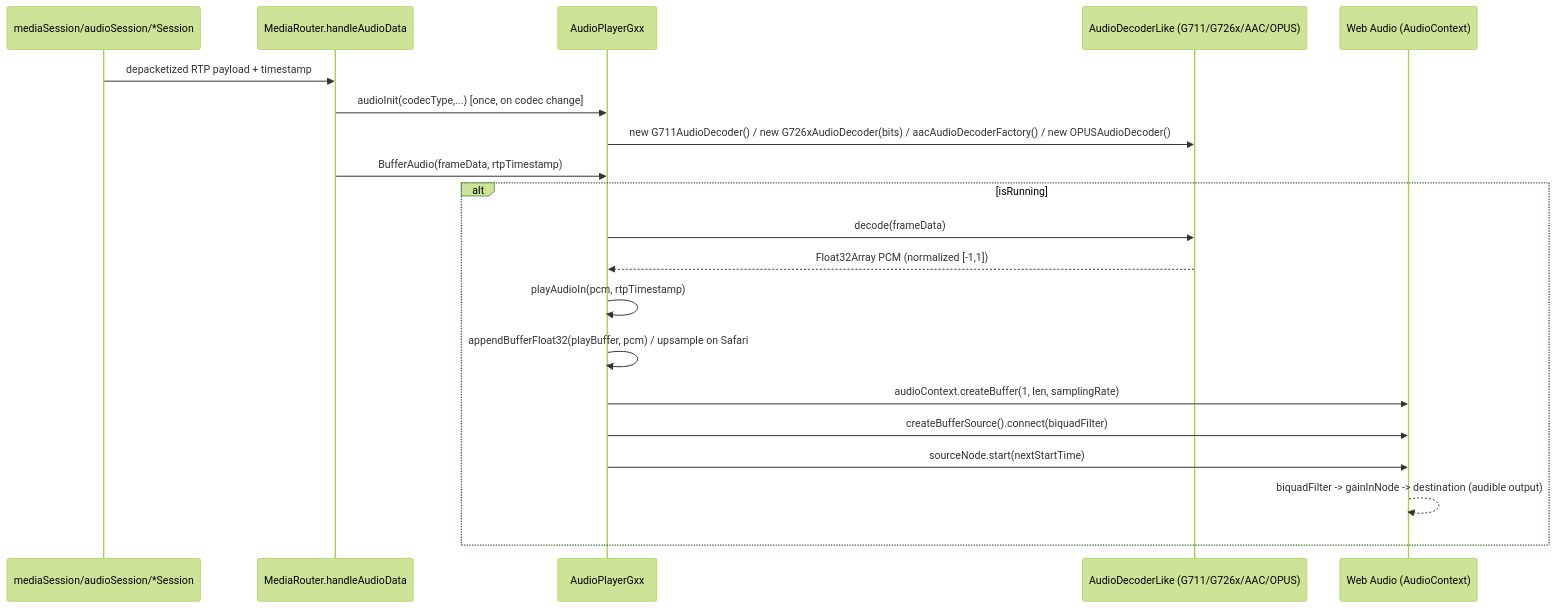
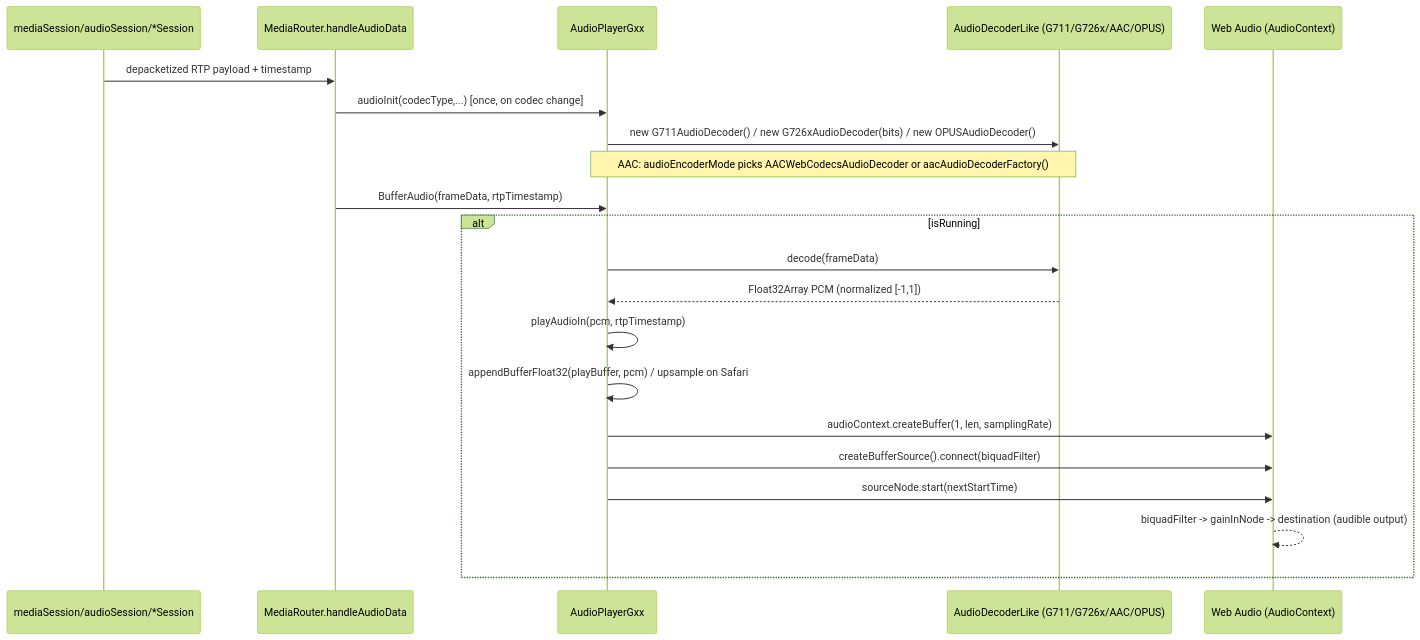
Diagram 11 of 12 in docs/player/06-listen-audio.md (melchi45/rtsp-over-websocket), drawn with Mermaid (forest theme) before and after one commit. The commit also changed other lines of this file and 9 other files, not shown here.

````diff
--- a/docs/player/06-listen-audio.md
+++ b/docs/player/06-listen-audio.md
@@ -798,23 +918,24 @@
   ```mermaid
   sequenceDiagram
       participant Session as mediaSession/audioSession/*Session
       participant MR as MediaRouter.handleAudioData
       participant Gxx as AudioPlayerGxx
       participant Dec as AudioDecoderLike (G711/G726x/AAC/OPUS)
       participant WA as Web Audio (AudioContext)
 
       Session->>MR: depacketized RTP payload + timestamp
       MR->>Gxx: audioInit(codecType,...) [once, on codec change]
-      Gxx->>Dec: new G711AudioDecoder() / new G726xAudioDecoder(bits) / aacAudioDecoderFactory() / new OPUSAudioDecoder()
+      Gxx->>Dec: new G711AudioDecoder() / new G726xAudioDecoder(bits) / new OPUSAudioDecoder()
+      Note over Gxx,Dec: AAC: audioEncoderMode picks AACWebCodecsAudioDecoder or aacAudioDecoderFactory()
       MR->>Gxx: BufferAudio(frameData, rtpTimestamp)
       alt isRunning
           Gxx->>Dec: decode(frameData)
           Dec-->>Gxx: Float32Array PCM (normalized [-1,1])
           Gxx->>Gxx: playAudioIn(pcm, rtpTimestamp)
           Gxx->>Gxx: appendBufferFloat32(playBuffer, pcm) / upsample on Safari
           Gxx->>WA: audioContext.createBuffer(1, len, samplingRate)
           Gxx->>WA: createBufferSource().connect(biquadFilter)
           Gxx->>WA: sourceNode.start(nextStartTime)
           WA-->>WA: biquadFilter -> gainInNode -> destination (audible output)
       end
   ```
````
